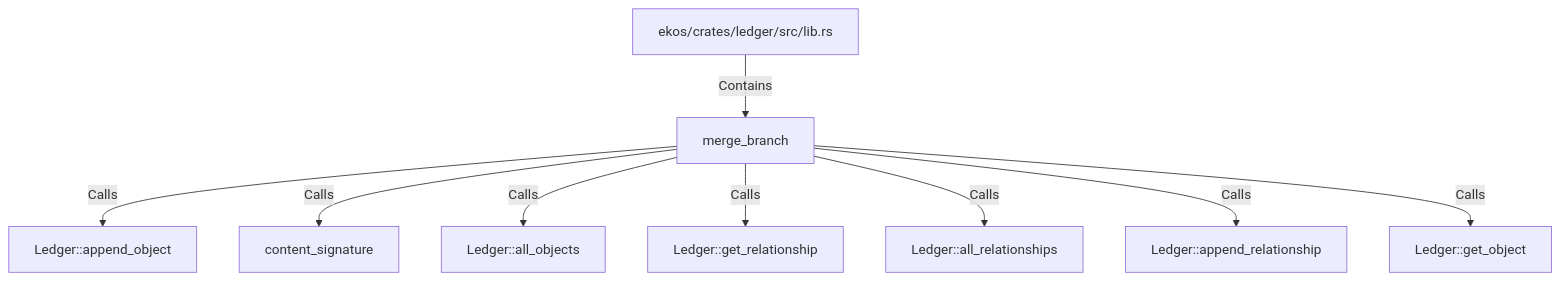
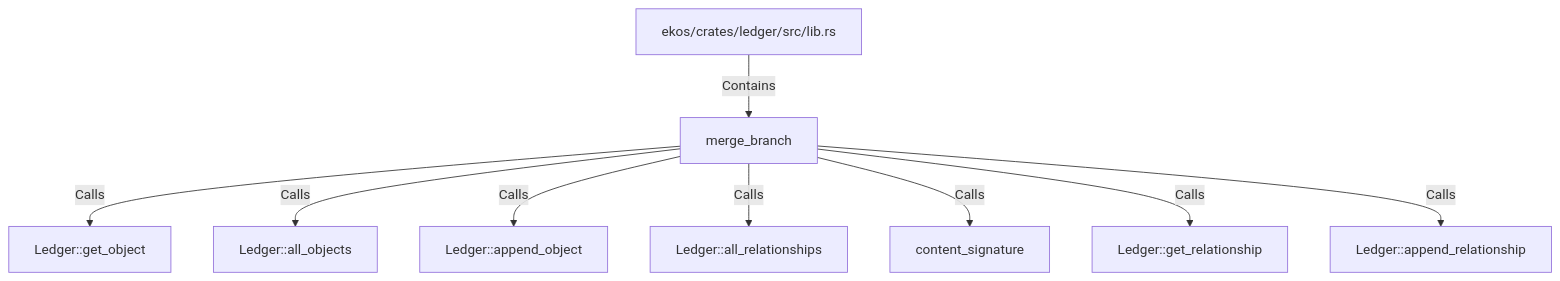
Before and after one commit to alexeyban/EKOS: the diagram in doc/entities/rustsymbol/me/merge-branch.md, drawn with Mermaid. The commit also changed other lines of this file and 552 other files, not shown here.

````diff
--- a/doc/entities/rustsymbol/me/merge-branch.md
+++ b/doc/entities/rustsymbol/me/merge-branch.md
@@ -27,20 +27,20 @@
 ```mermaid
 graph TD
     n16be84c816f25d638dff104f7296fc29["merge_branch"]
     n21938f45b76759339e7112e15ff53eb1["ekos/crates/ledger/src/lib.rs"]
     n21938f45b76759339e7112e15ff53eb1 -->|Contains| n16be84c816f25d638dff104f7296fc29
+    nbc4b77e96e8d54b0aa9a8fc066a535b3["Ledger::get_object"]
+    n16be84c816f25d638dff104f7296fc29 -->|Calls| nbc4b77e96e8d54b0aa9a8fc066a535b3
+    nd640b0e7cfd156938c96022d84598df3["Ledger::all_objects"]
+    n16be84c816f25d638dff104f7296fc29 -->|Calls| nd640b0e7cfd156938c96022d84598df3
     nb71bb7ad337a518f9b6e316178f45928["Ledger::append_object"]
     n16be84c816f25d638dff104f7296fc29 -->|Calls| nb71bb7ad337a518f9b6e316178f45928
+    na4b19ba42ef550a4a90e2107e783f4c8["Ledger::all_relationships"]
+    n16be84c816f25d638dff104f7296fc29 -->|Calls| na4b19ba42ef550a4a90e2107e783f4c8
     n66c7da4870e557fb98825a5b05933963["content_signature"]
     n16be84c816f25d638dff104f7296fc29 -->|Calls| n66c7da4870e557fb98825a5b05933963
-    nd640b0e7cfd156938c96022d84598df3["Ledger::all_objects"]
-    n16be84c816f25d638dff104f7296fc29 -->|Calls| nd640b0e7cfd156938c96022d84598df3
     nc9bf94485b9056cbb8bb9a80138af70e["Ledger::get_relationship"]
     n16be84c816f25d638dff104f7296fc29 -->|Calls| nc9bf94485b9056cbb8bb9a80138af70e
-    na4b19ba42ef550a4a90e2107e783f4c8["Ledger::all_relationships"]
-    n16be84c816f25d638dff104f7296fc29 -->|Calls| na4b19ba42ef550a4a90e2107e783f4c8
     n7cfea3496f7b55018b201291291d672b["Ledger::append_relationship"]
     n16be84c816f25d638dff104f7296fc29 -->|Calls| n7cfea3496f7b55018b201291291d672b
-    nbc4b77e96e8d54b0aa9a8fc066a535b3["Ledger::get_object"]
-    n16be84c816f25d638dff104f7296fc29 -->|Calls| nbc4b77e96e8d54b0aa9a8fc066a535b3
 ```
````
